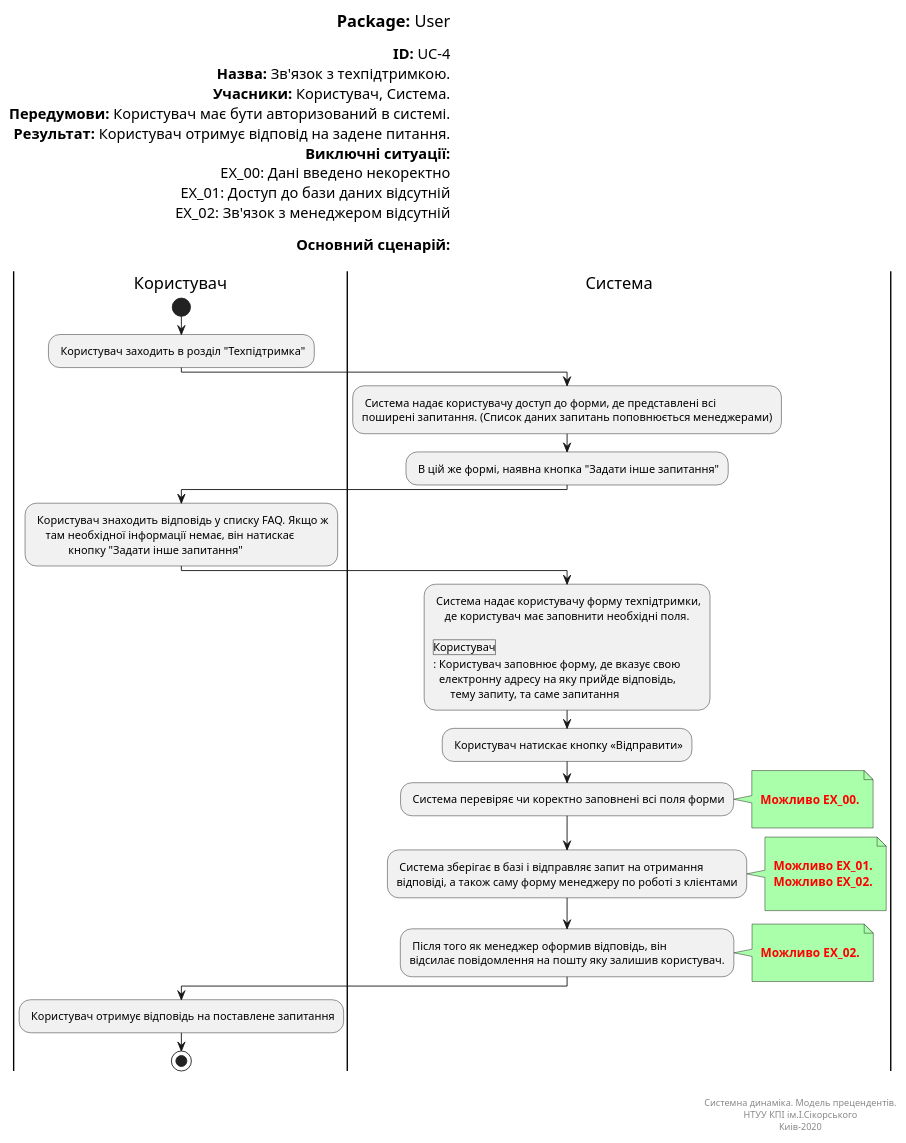
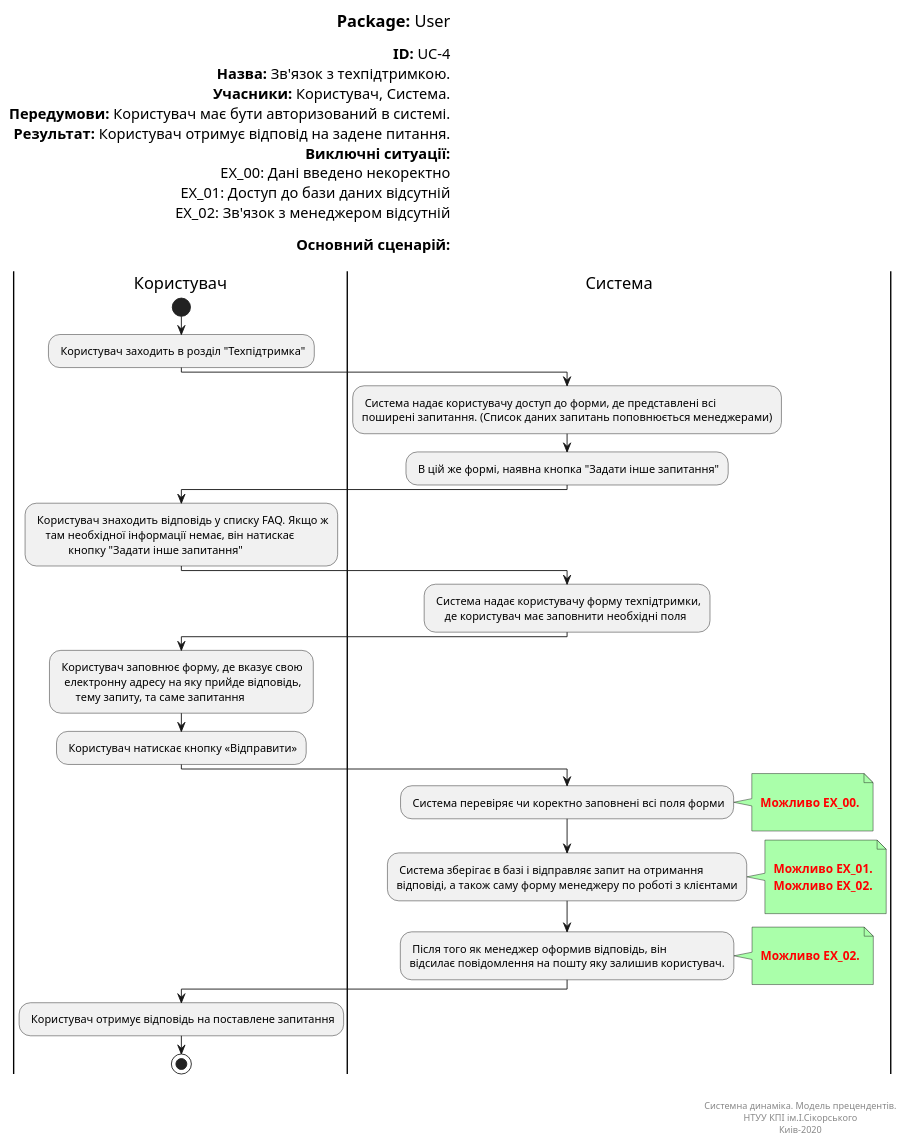
One commit to ip-85/System-Dynamics changed the diagram in Doc/UMLDiagrams/scenarios/user/Diagrams/UML/UC4.pu. Above: the diagram before and after it, drawn with PlantUML.

```diff
--- a/Doc/UMLDiagrams/scenarios/user/Diagrams/UML/UC4.pu
+++ b/Doc/UMLDiagrams/scenarios/user/Diagrams/UML/UC4.pu
@@ -1,86 +1,87 @@
 @startuml userTechSupport
 left header
 <font color=000 size=18><b>Package:</b> User
 
 <font color=000 size=16><b>ID:</b> UC-4
 <font color=000 size=16><b>Назва:</b> Зв'язок з техпідтримкою.
 <font color=000 size=16><b>Учасники:</b> Користувач, Система.
 <font color=000 size=16><b>Передумови:</b> Користувач має бути авторизований в системі.
 <font color=000 size=16><b>Результат:</b> Користувач отримує відповід на задене питання. 
 <font color=000 size=16><b>Виключні ситуації:</b>
 <font color=000 size=16> EX_00: Дані введено некоректно
 <font color=000 size=16> EX_01: Доступ до бази даних відсутній
 <font color=000 size=16> EX_02: Зв'язок з менеджером відсутній
 
 <font color=000 size=16><b>Основний сценарій:</b>
 
 end header
 
 |Користувач|
 start
 : Користувач заходить в розділ "Техпідтримка";
 
 |Система|
 : Система надає користувачу доступ до форми, де представлені всі 
 поширені запитання. (Список даних запитань поповнюється менеджерами);
 
 : В цій же формі, наявна кнопка "Задати інше запитання";
 
 |Користувач|
 : Користувач знаходить відповідь у списку FAQ. Якщо ж 
     там необхідної інформації немає, він натискає 
             кнопку "Задати інше запитання";
 
 |Система|
 : Система надає користувачу форму техпідтримки, 
-    де користувач має заповнити необхідні поля.
+    де користувач має заповнити необхідні поля;
+    
 
 |Користувач|
 : Користувач заповнює форму, де вказує свою 
   електронну адресу на яку прийде відповідь, 
       тему запиту, та саме запитання;
       
 : Користувач натискає кнопку «Відправити»;
 
 |Система|
 
 : Система перевіряє чи коректно заповнені всі поля форми;
 note right #aaffaa
 
 <font color=red><b> Можливо EX_00.
 
 end note
 
 : Система зберігає в базі і відправляє запит на отримання 
 відповіді, а також саму форму менеджеру по роботі з клієнтами;
 
 note right #aaffaa
 
 <font color=red><b> Можливо EX_01.
 <font color=red><b> Можливо EX_02.
 
 end note
 
 : Після того як менеджер оформив відповідь, він 
 відсилає повідомлення на пошту яку залишив користувач.;
 note right #aaffaa
 
 <font color=red><b> Можливо EX_02.
 
 end note
 
 |Користувач|
 
 : Користувач отримує відповідь на поставлене запитання;
 
 stop;
 
 right footer
 
 
 Системна динаміка. Модель прецендентів.
 НТУУ КПІ ім.І.Сікорського
 Киів-2020
 end footer
 
 @enduml
```
